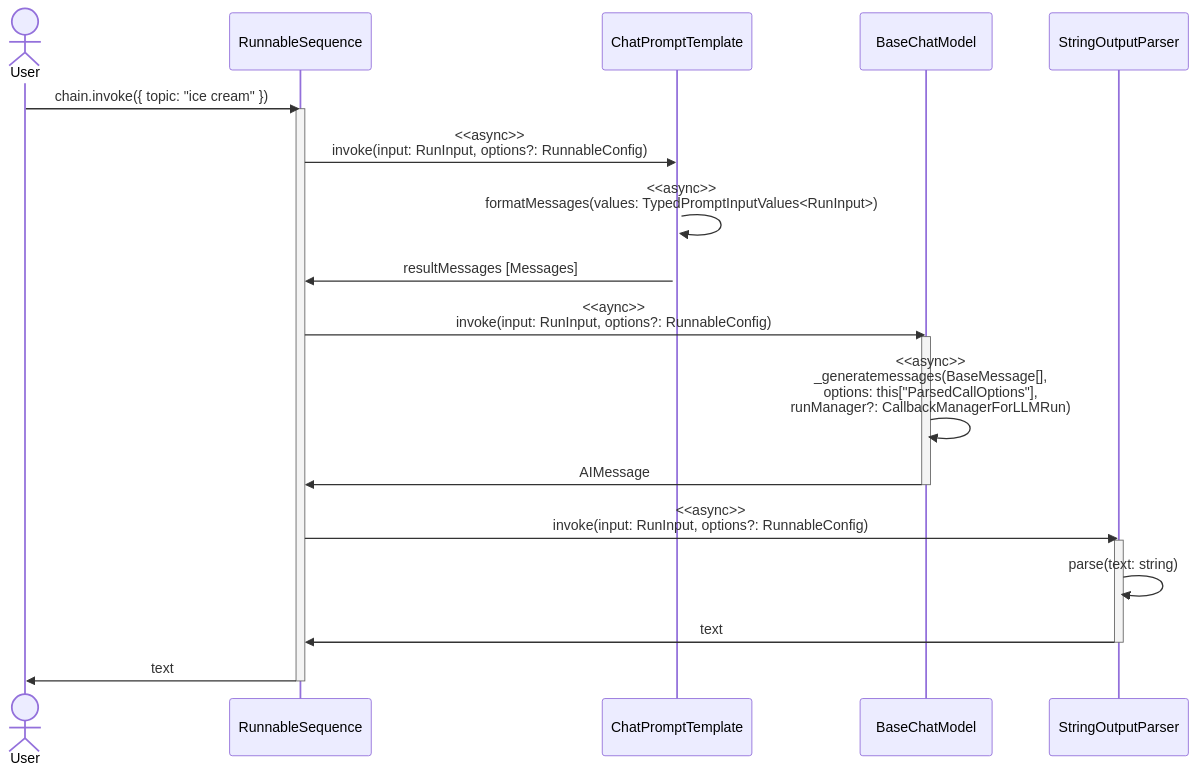
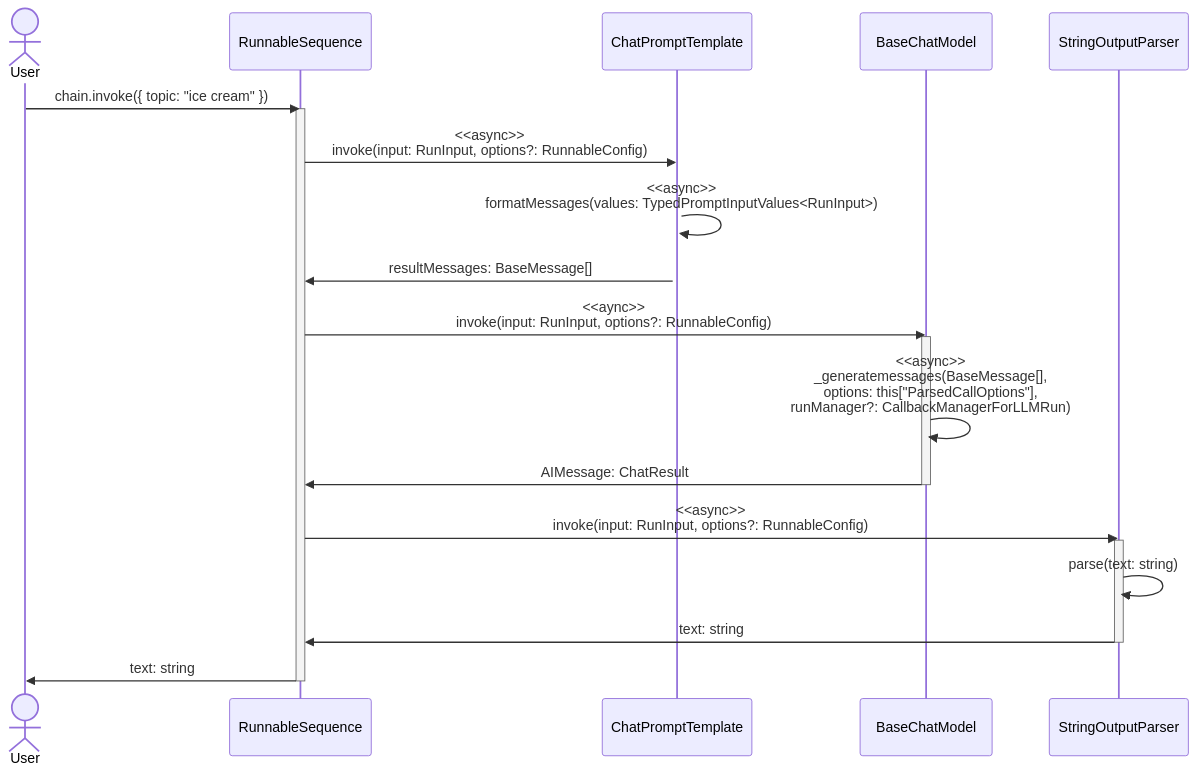
One commit to ElhananWong/CSCC01-A1 changed the diagram in Q1/draftfinal.md. Above: the diagram before and after it, drawn with Mermaid.

Commit message:
add some changes based on TA feedback

````diff
--- a/Q1/draftfinal.md
+++ b/Q1/draftfinal.md
@@ -1,31 +1,31 @@
 ```mermaid
 sequenceDiagram
     actor User;
     participant RS as RunnableSequence;
     participant CPT as ChatPromptTemplate;
     participant BCM as BaseChatModel;
     participant SOP as StringOutputParser;
 
     User->>RS: chain.invoke({ topic: "ice cream" });
     activate RS;
     
     RS->>CPT: <<async>><br>invoke(input: RunInput, options?: RunnableConfig);
     activate CPT;
     CPT->>CPT: <<async>><br>formatMessages(values: TypedPromptInputValues<RunInput>);
-    CPT->>RS: resultMessages [Messages];
+    CPT->>RS: resultMessages: BaseMessage[];
 
     RS->>BCM: <<aync>><br>invoke(input: RunInput, options?: RunnableConfig)
     activate BCM
     BCM->>BCM: <<async>><br>_generatemessages(BaseMessage[],<br>options: this["ParsedCallOptions"],<br>runManager?: CallbackManagerForLLMRun)
-    BCM->>RS: AIMessage
+    BCM->>RS: AIMessage: ChatResult;
     deactivate BCM
     
     RS->>SOP: <<async>><br>invoke(input: RunInput, options?: RunnableConfig);
     activate SOP;
     SOP->>SOP: parse(text: string);
-    SOP->>RS: text;
+    SOP->>RS: text: string;
     deactivate SOP;
     
-    RS->>User: text;
+    RS->>User: text: string;
     deactivate RS;
 ```
````
